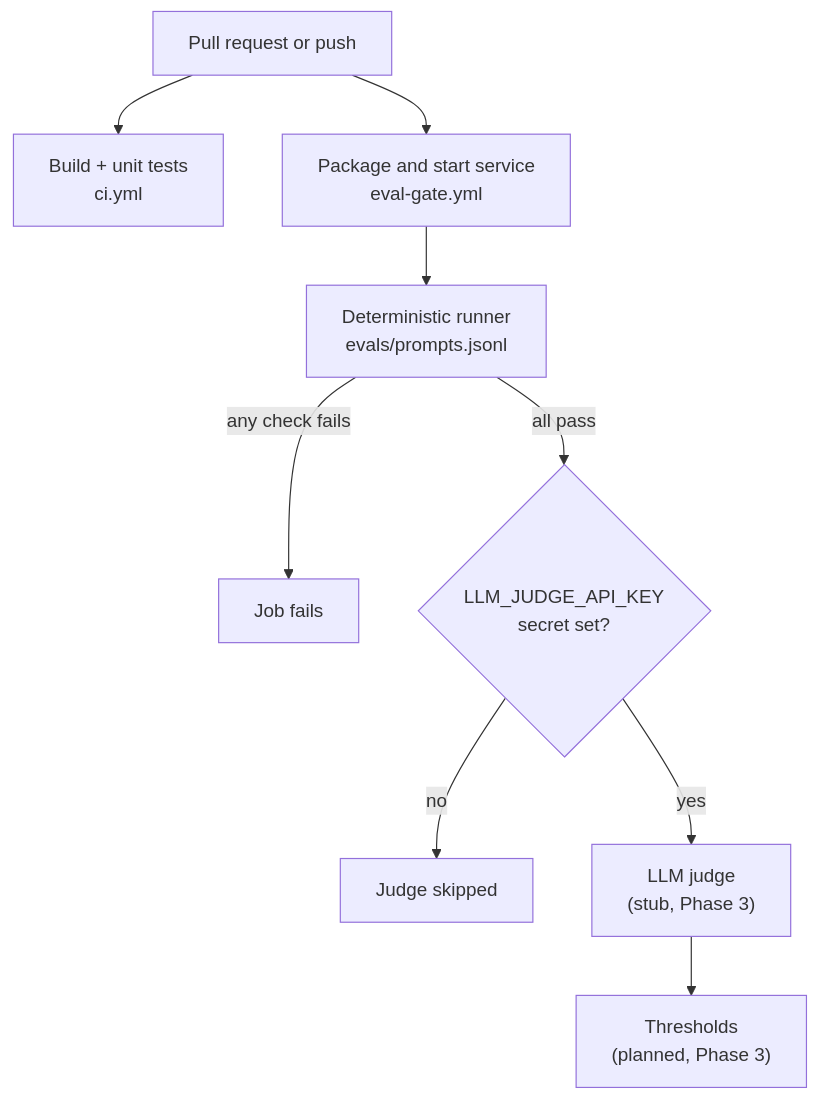
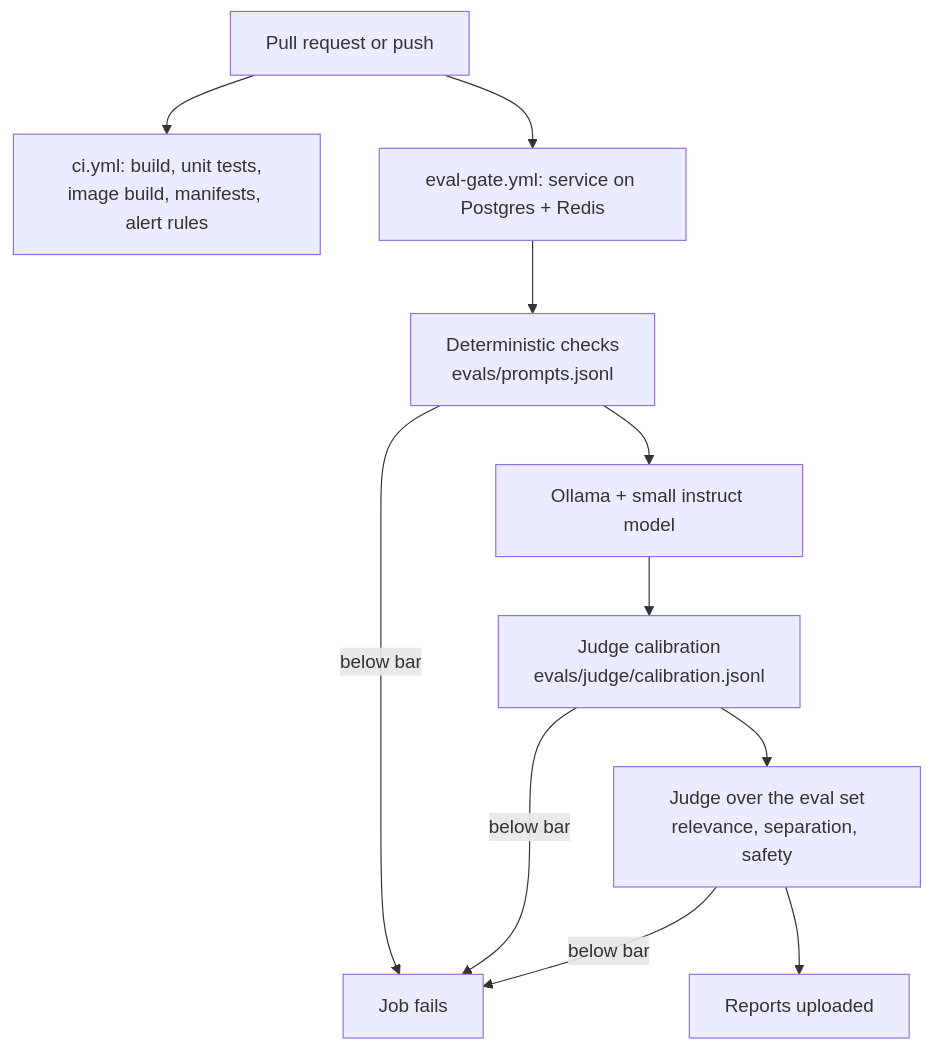
One commit to dakshshukla10/chat-ads-eval changed the second of 2 diagrams in docs/architecture.md. Above: the diagram before and after it, drawn with Mermaid. The commit also changed other lines of this file and 4 other files, not shown here.

First line of the commit message:
Rewrite README and architecture notes for phases 2 to 5, set judge bars

````diff
--- a/docs/architecture.md
+++ b/docs/architecture.md
@@ -48,11 +78,13 @@
 ```mermaid
 flowchart TD
-    C[Pull request or push] --> B[Build + unit tests<br/>ci.yml]
-    C --> S[Package and start service<br/>eval-gate.yml]
-    S --> D[Deterministic runner<br/>evals/prompts.jsonl]
-    D -->|any check fails| X[Job fails]
-    D -->|all pass| J{LLM_JUDGE_API_KEY<br/>secret set?}
-    J -->|no| Z[Judge skipped]
-    J -->|yes| L["LLM judge<br/>(stub, Phase 3)"]
-    L --> T["Thresholds<br/>(planned, Phase 3)"]
+    C[Pull request or push] --> B[ci.yml: build, unit tests,<br/>image build, manifests, alert rules]
+    C --> S[eval-gate.yml: service on Postgres + Redis]
+    S --> D[Deterministic checks<br/>evals/prompts.jsonl]
+    D -->|below bar| X[Job fails]
+    D --> J[Ollama + small instruct model]
+    J --> K[Judge calibration<br/>evals/judge/calibration.jsonl]
+    K -->|below bar| X
+    K --> L[Judge over the eval set<br/>relevance, separation, safety]
+    L -->|below bar| X
+    L --> P[Reports uploaded]
 ```
````
